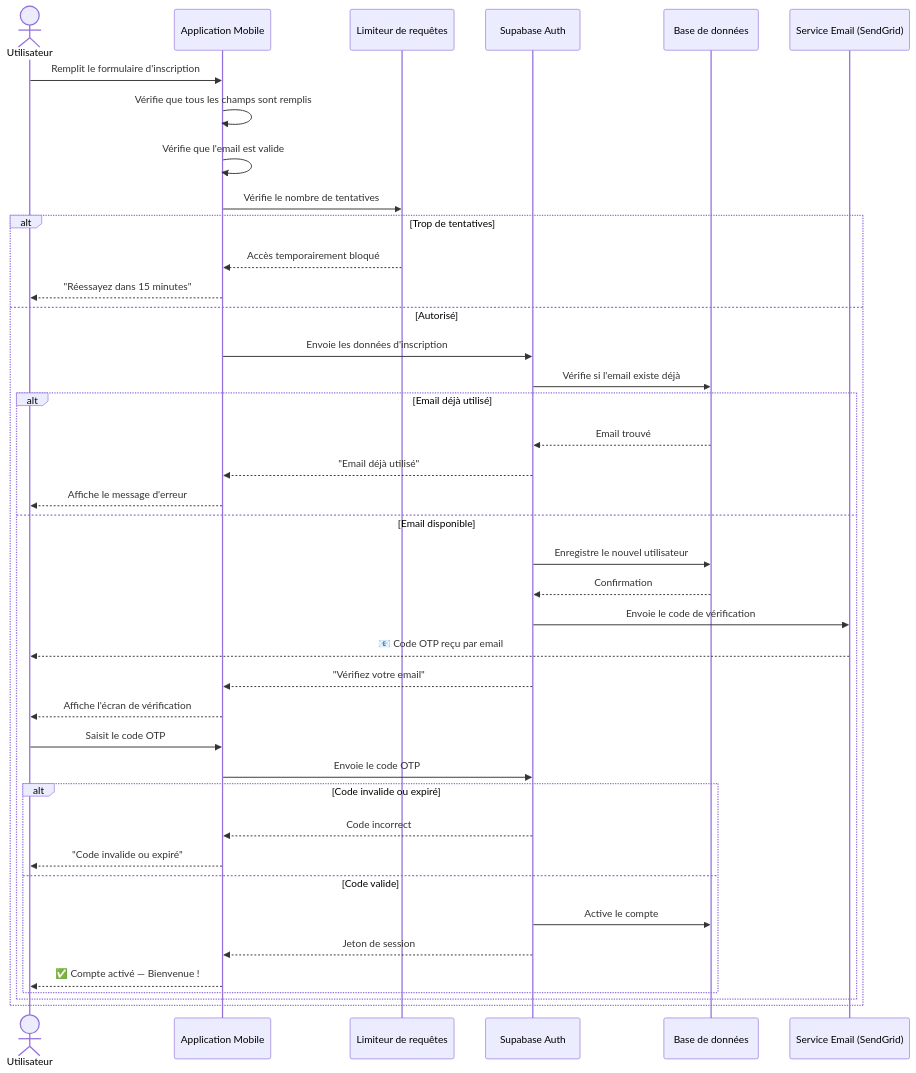
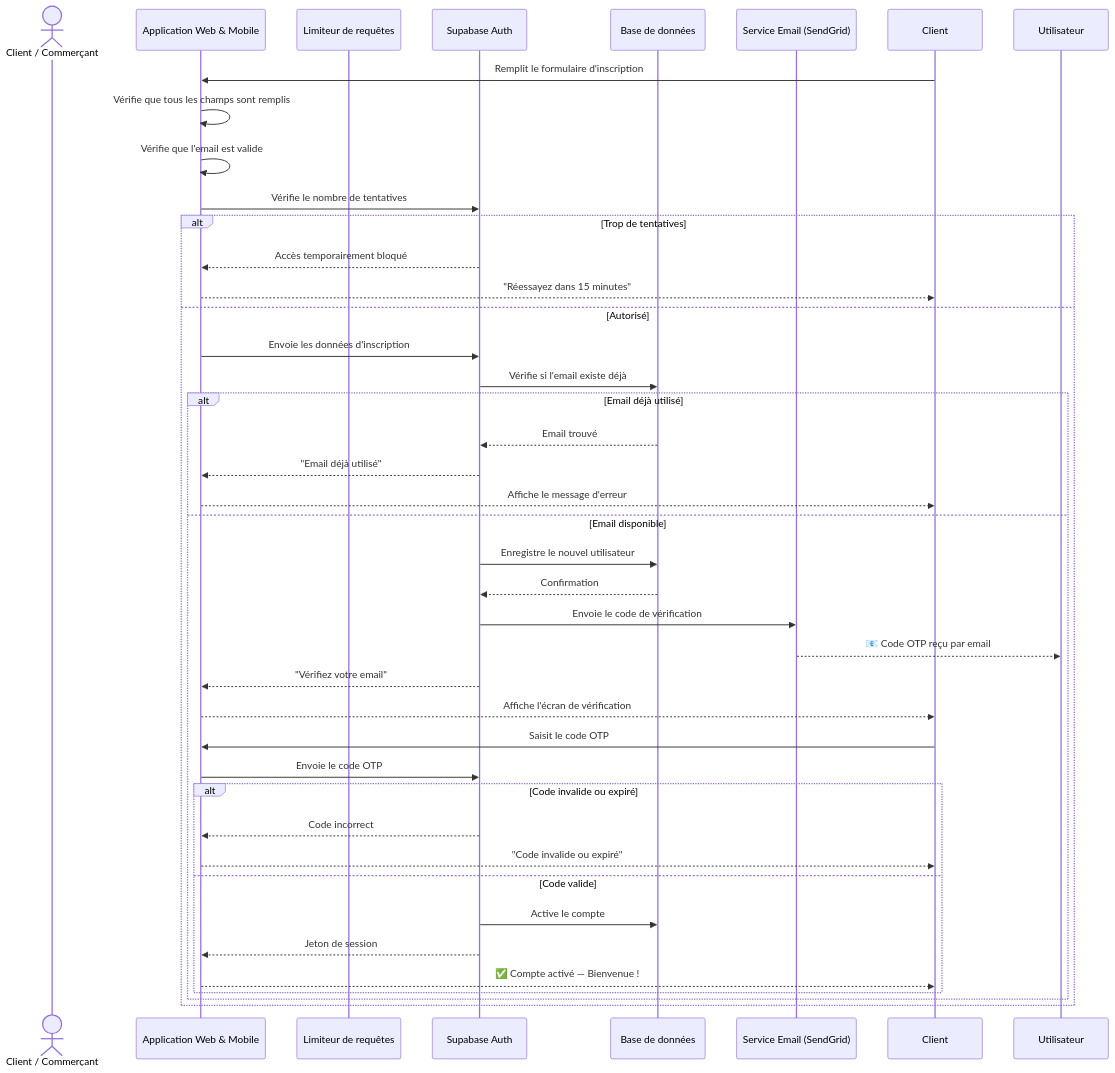
Before and after one commit to Abderrahmen1111/private-PFE-repos: the second of 34 diagrams in SEQUENCE_DIAGRAMS_WORD_FORMAT_OPTIMIZED.md, drawn with Mermaid. The commit also changed other lines of this file and 2 other files, not shown here.

Commit message:
docs: adapt sequence diagrams to Web/Mobile apps and Django SaaS Admin

````diff
--- a/SEQUENCE_DIAGRAMS_WORD_FORMAT_OPTIMIZED.md
+++ b/SEQUENCE_DIAGRAMS_WORD_FORMAT_OPTIMIZED.md
@@ -31,43 +31,43 @@
 ```mermaid
 sequenceDiagram
-    actor Utilisateur
-    participant Application as Application Mobile
+    actor Client / Commerçant
+    participant App as Application Web & Mobile
     participant RateLimiter as Limiteur de requêtes
     participant SupabaseAuth as Supabase Auth
     participant BD as Base de données
     participant Email as Service Email (SendGrid)
 
-    Utilisateur->>Application: Remplit le formulaire d'inscription
-    Application->>Application: Vérifie que tous les champs sont remplis
-    Application->>Application: Vérifie que l'email est valide
-    Application->>RateLimiter: Vérifie le nombre de tentatives
+    Client->>App: Remplit le formulaire d'inscription
+    App->>App: Vérifie que tous les champs sont remplis
+    App->>App: Vérifie que l'email est valide
+    App->>SupabaseAuth: Vérifie le nombre de tentatives
     alt Trop de tentatives
-        RateLimiter-->>Application: Accès temporairement bloqué
-        Application-->>Utilisateur: "Réessayez dans 15 minutes"
+        SupabaseAuth-->>App: Accès temporairement bloqué
+        App-->>Client: "Réessayez dans 15 minutes"
     else Autorisé
-        Application->>SupabaseAuth: Envoie les données d'inscription
+        App->>SupabaseAuth: Envoie les données d'inscription
         SupabaseAuth->>BD: Vérifie si l'email existe déjà
         alt Email déjà utilisé
             BD-->>SupabaseAuth: Email trouvé
-            SupabaseAuth-->>Application: "Email déjà utilisé"
-            Application-->>Utilisateur: Affiche le message d'erreur
+            SupabaseAuth-->>App: "Email déjà utilisé"
+            App-->>Client: Affiche le message d'erreur
         else Email disponible
             SupabaseAuth->>BD: Enregistre le nouvel utilisateur
             BD-->>SupabaseAuth: Confirmation
             SupabaseAuth->>Email: Envoie le code de vérification
             Email-->>Utilisateur: 📧 Code OTP reçu par email
-            SupabaseAuth-->>Application: "Vérifiez votre email"
-            Application-->>Utilisateur: Affiche l'écran de vérification
-            Utilisateur->>Application: Saisit le code OTP
-            Application->>SupabaseAuth: Envoie le code OTP
+            SupabaseAuth-->>App: "Vérifiez votre email"
+            App-->>Client: Affiche l'écran de vérification
+            Client->>App: Saisit le code OTP
+            App->>SupabaseAuth: Envoie le code OTP
             alt Code invalide ou expiré
-                SupabaseAuth-->>Application: Code incorrect
-                Application-->>Utilisateur: "Code invalide ou expiré"
+                SupabaseAuth-->>App: Code incorrect
+                App-->>Client: "Code invalide ou expiré"
             else Code valide
                 SupabaseAuth->>BD: Active le compte
-                SupabaseAuth-->>Application: Jeton de session
-                Application-->>Utilisateur: ✅ Compte activé — Bienvenue !
+                SupabaseAuth-->>App: Jeton de session
+                App-->>Client: ✅ Compte activé — Bienvenue !
             end
         end
     end
 ```
````
